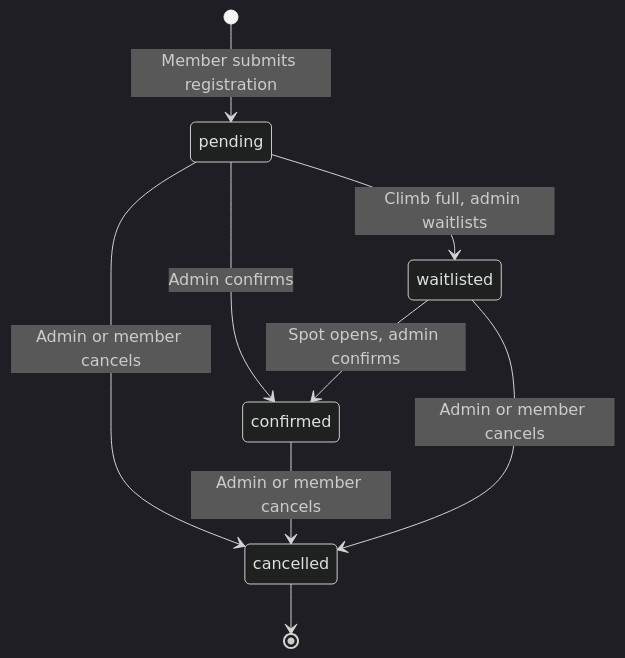
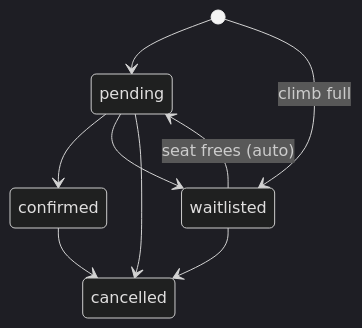
Before and after one commit to Oweeboi011/mms-open-climbs: the second of 2 diagrams in docs/guides/DATA.md, drawn with Mermaid (dark theme). The commit also changed other lines of this file and 16 other files, not shown here.

````diff
--- a/docs/guides/DATA.md
+++ b/docs/guides/DATA.md
@@ -307,11 +94,11 @@
 ```mermaid
 stateDiagram-v2
-    [*] --> pending : Member submits registration
-    pending --> confirmed : Admin confirms
-    pending --> waitlisted : Climb full, admin waitlists
-    pending --> cancelled : Admin or member cancels
-    confirmed --> cancelled : Admin or member cancels
-    waitlisted --> confirmed : Spot opens, admin confirms
-    waitlisted --> cancelled : Admin or member cancels
-    cancelled --> [*]
+    [*] --> pending
+    [*] --> waitlisted : climb full
+    pending --> confirmed
+    pending --> waitlisted
+    waitlisted --> pending : seat frees (auto)
+    pending --> cancelled
+    confirmed --> cancelled
+    waitlisted --> cancelled
 ```
````
